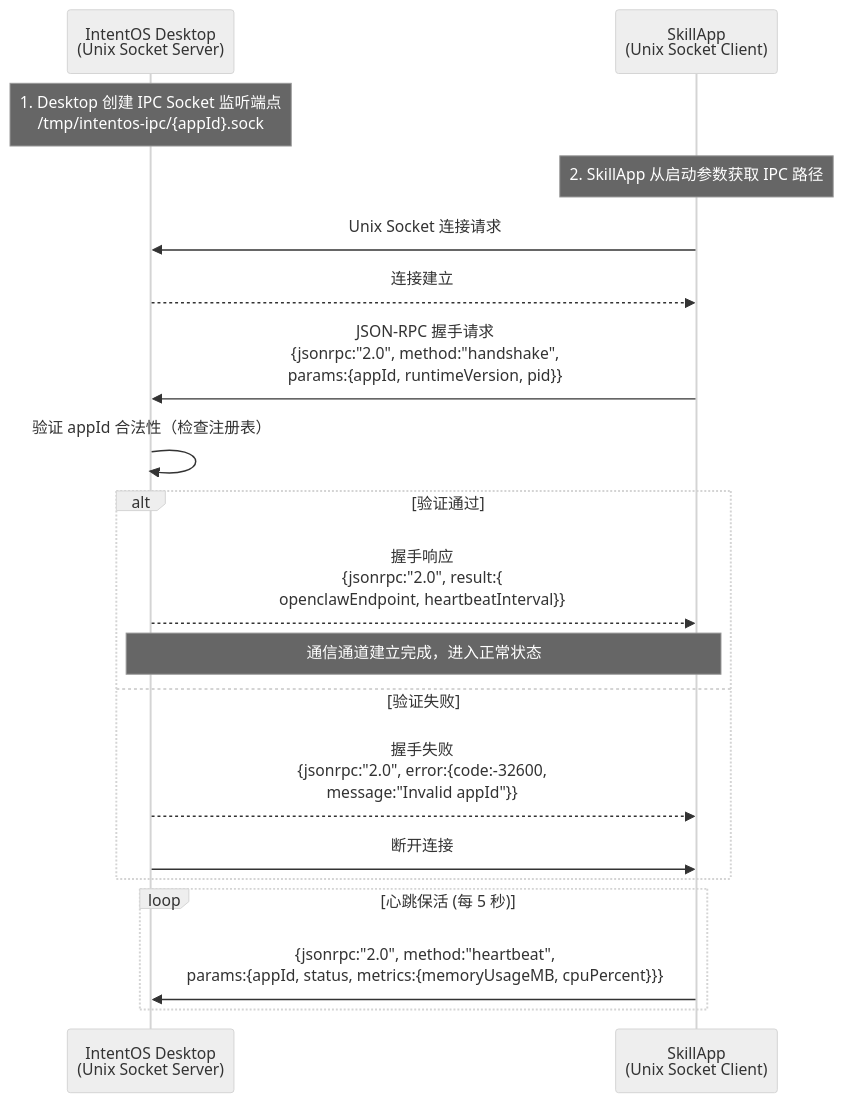
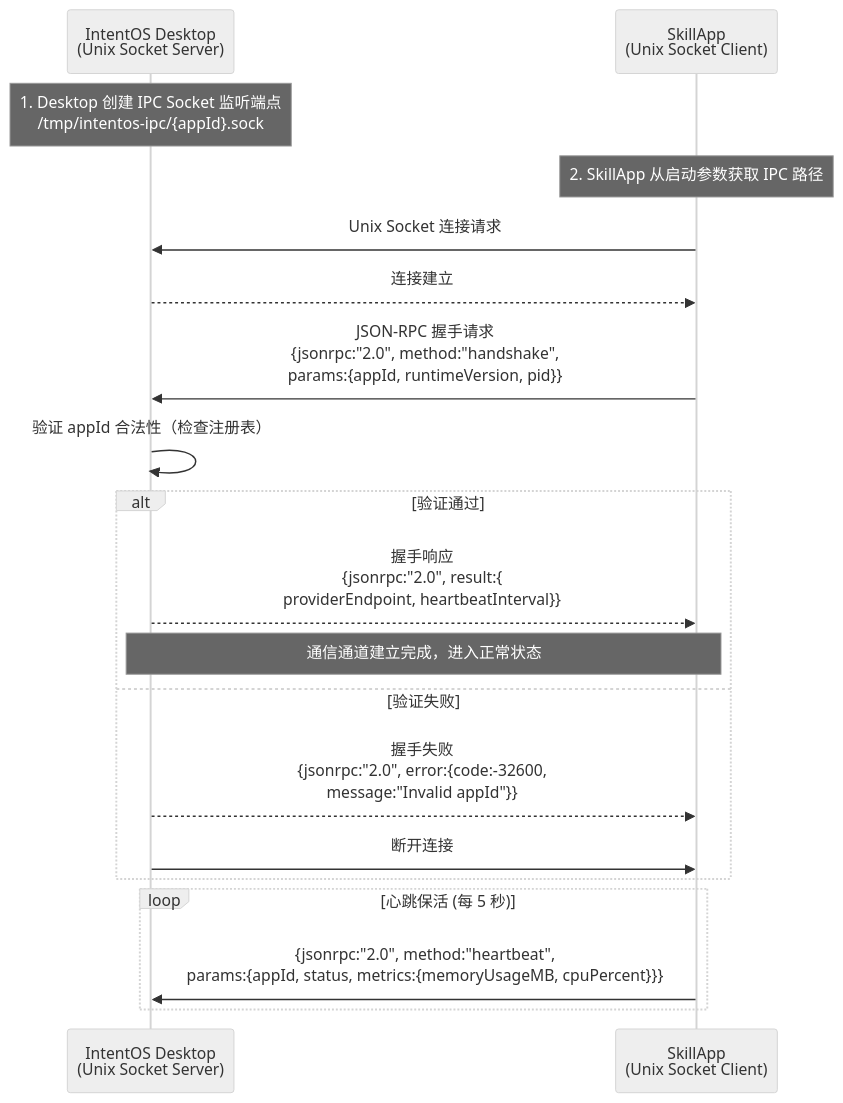
The third of 6 diagrams in docs/spec/electron-spec.md (digimads-lab/intent-os), drawn with Mermaid (neutral theme) before and after one commit. The commit also changed other lines of this file, not shown here.

````diff
--- a/docs/spec/electron-spec.md
+++ b/docs/spec/electron-spec.md
@@ -527,28 +527,28 @@
 ```mermaid
 sequenceDiagram
     participant Desktop as IntentOS Desktop<br/>(Unix Socket Server)
     participant App as SkillApp<br/>(Unix Socket Client)
 
     Note over Desktop: 1. Desktop 创建 IPC Socket 监听端点<br/>/tmp/intentos-ipc/{appId}.sock
     Note over App: 2. SkillApp 从启动参数获取 IPC 路径
 
     App->>Desktop: Unix Socket 连接请求
 
     Desktop-->>App: 连接建立
 
     App->>Desktop: JSON-RPC 握手请求<br/>{jsonrpc:"2.0", method:"handshake",<br/>params:{appId, runtimeVersion, pid}}
 
     Desktop->>Desktop: 验证 appId 合法性（检查注册表）
 
     alt 验证通过
-        Desktop-->>App: 握手响应<br/>{jsonrpc:"2.0", result:{<br/>openclawEndpoint, heartbeatInterval}}
+        Desktop-->>App: 握手响应<br/>{jsonrpc:"2.0", result:{<br/>providerEndpoint, heartbeatInterval}}
         Note over Desktop,App: 通信通道建立完成，进入正常状态
     else 验证失败
         Desktop-->>App: 握手失败<br/>{jsonrpc:"2.0", error:{code:-32600,<br/>message:"Invalid appId"}}
         Desktop->>App: 断开连接
     end
 
     loop 心跳保活 (每 5 秒)
         App->>Desktop: {jsonrpc:"2.0", method:"heartbeat",<br/>params:{appId, status, metrics:{memoryUsageMB, cpuPercent}}}
     end
 ```
````
